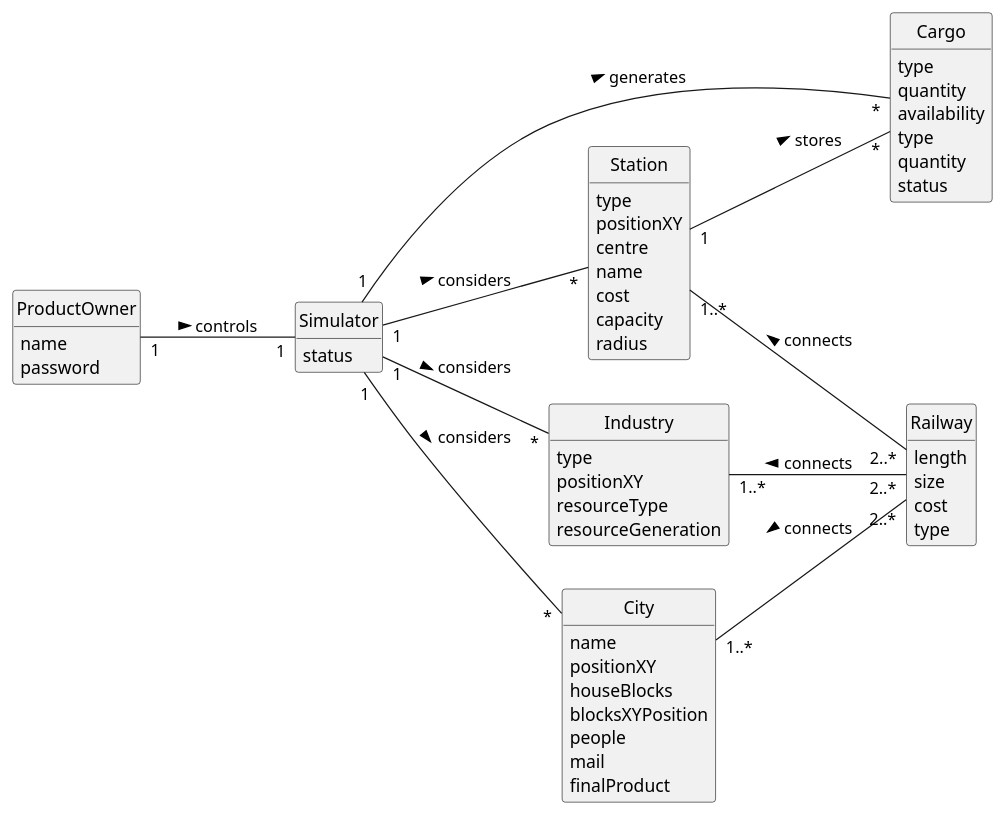
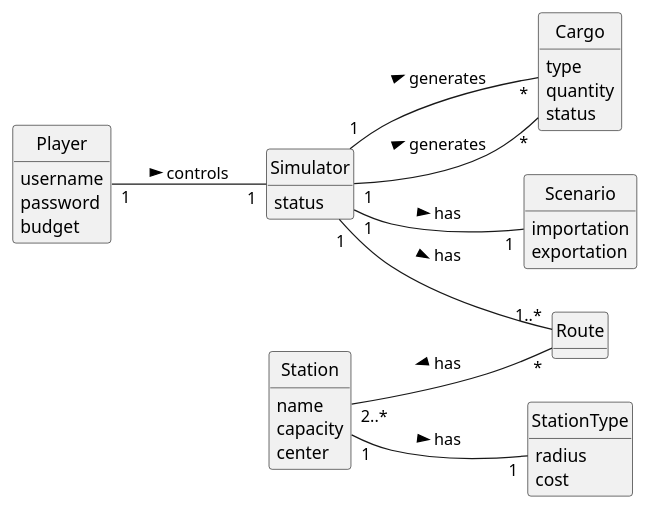
Before and after one commit to 1240935/pi2-railway-simulator: the diagram in docsFinais/US012/02.analysis/puml/US012-DM.puml, drawn with PlantUML. The commit also changed 303 other files, not shown here.

```diff
--- a/docsFinais/US012/02.analysis/puml/US012-DM.puml
+++ b/docsFinais/US012/02.analysis/puml/US012-DM.puml
@@ -1,79 +1,55 @@
 @startuml
 skinparam monochrome true
 skinparam packageStyle rectangle
 skinparam shadowing false
 'skinparam linetype ortho
 'left to right direction
 skinparam classAttributeIconSize 0
 hide circle
 hide methods
 
 left to right direction
 
-class ProductOwner {
+class Player {
+    username
+    password
+    budget
+}
+class Station {
     name
-    password
+    capacity
+    center
 }
 
-class Cargo {
-    type
-    quantity
-    availability
-}
-
-class Industry {
-    type
-    positionXY
-    resourceType
-    resourceGeneration
-}
-
-class Station {
-    type
-    positionXY
-    centre
-    name
+class StationType{
+    radius
     cost
-    capacity
-    radius
 }
 
 class Cargo {
     type
     quantity
     status
 }
 
-class City {
-    name
-    positionXY
-    houseBlocks
-    blocksXYPosition
-    people
-    mail
-    finalProduct
+class Scenario {
+    importation
+    exportation
 }
 
-class Railway{
-    length
-    size
-    cost
-    type
-}
 
 class Simulator{
     status
 }
 
-ProductOwner "1" -- "1" Simulator: controls >
+Player "1" -- "1" Simulator: controls >
 Simulator "1" -- "*" Cargo: generates >
-Simulator "1" -- "*" City: considers >
-Simulator "1" -- "*" Industry: considers >
-Simulator "1" -- "*" Station: considers >
-Station "1" -- "*" Cargo : stores >
-Station "1..*" -- "2..*" Railway : connects <
-City "1..*" -- "2..*" Railway : connects <
-Industry "1..*" -- "2..*" Railway : connects <
+
+Station "1" -- "1" StationType: has >
+Simulator "1" -- "*" Cargo: generates >
+Simulator "1" -- "1..*" Route: has >
+Simulator "1" -- "1" Scenario: has >
+Station "2..*" -- "*" Route: has <
 
 
 @enduml
```
